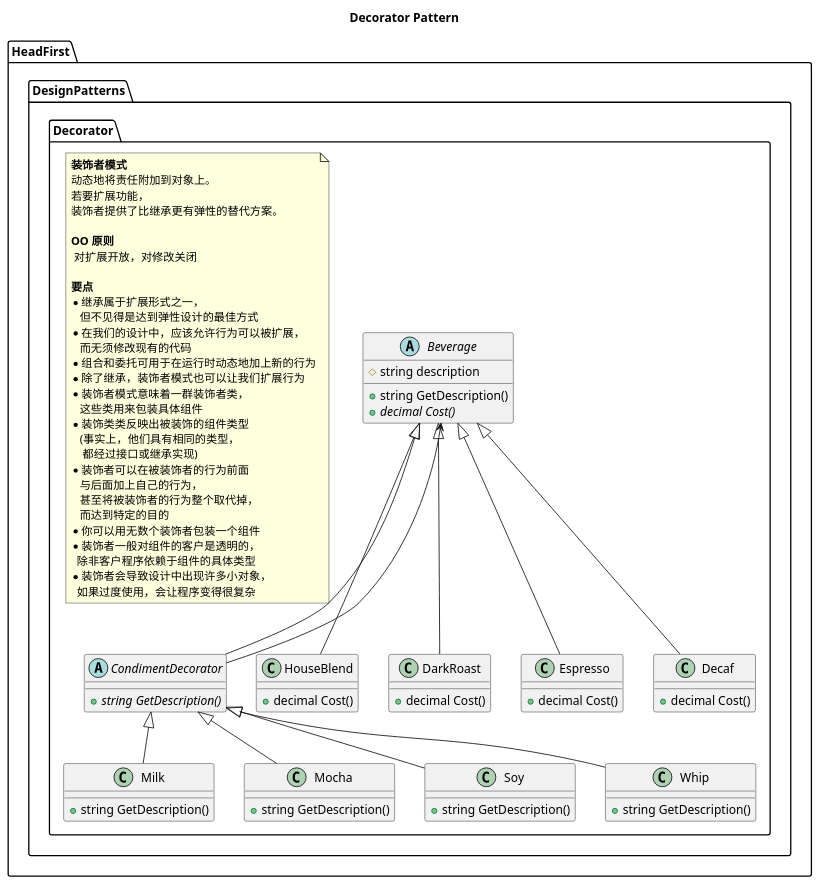
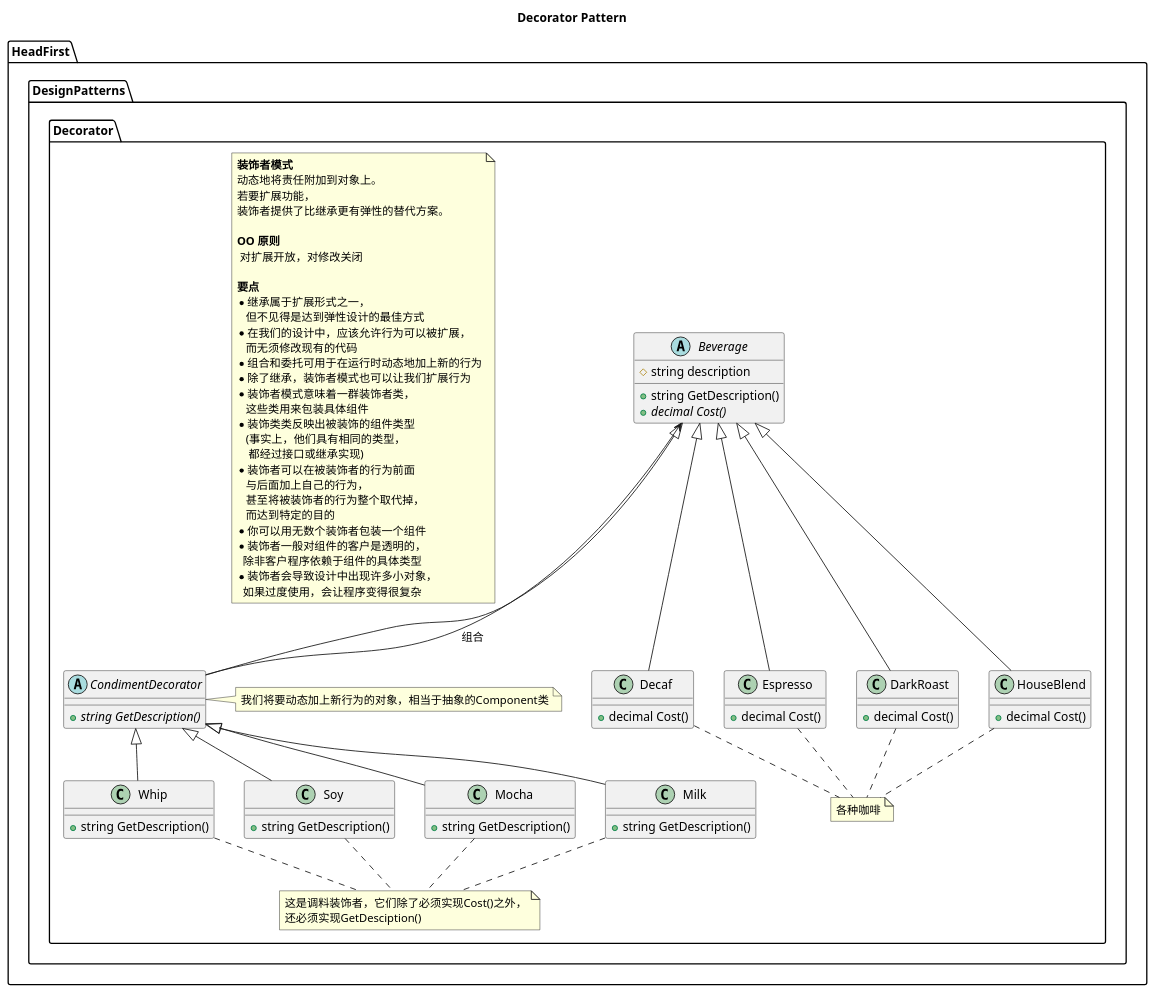
Before and after one commit to thinksjay/HeadFirst.DesignPatterns: the diagram in src/HeadFirst.DesignPatterns.Decorator/Decorator.wsd, drawn with PlantUML. The commit also changed 15 other files, not shown here.

```diff
--- a/src/HeadFirst.DesignPatterns.Decorator/Decorator.wsd
+++ b/src/HeadFirst.DesignPatterns.Decorator/Decorator.wsd
@@ -1,91 +1,107 @@
 @startuml
 title Decorator Pattern
 namespace HeadFirst.DesignPatterns.Decorator{
     note as Decorator
     <b>装饰者模式</b>
     动态地将责任附加到对象上。
     若要扩展功能，
     装饰者提供了比继承更有弹性的替代方案。
 
     <b>OO 原则</b>
      对扩展开放，对修改关闭
 
     <b>要点</b>
     *继承属于扩展形式之一，
        但不见得是达到弹性设计的最佳方式
     *在我们的设计中，应该允许行为可以被扩展，
        而无须修改现有的代码
     *组合和委托可用于在运行时动态地加上新的行为
     *除了继承，装饰者模式也可以让我们扩展行为
     *装饰者模式意味着一群装饰者类，
        这些类用来包装具体组件
     *装饰类类反映出被装饰的组件类型
        (事实上，他们具有相同的类型，
         都经过接口或继承实现)
     *装饰者可以在被装饰者的行为前面
        与后面加上自己的行为，
        甚至将被装饰者的行为整个取代掉，
        而达到特定的目的
     *你可以用无数个装饰者包装一个组件
     *装饰者一般对组件的客户是透明的，
       除非客户程序依赖于组件的具体类型
     *装饰者会导致设计中出现许多小对象，
       如果过度使用，会让程序变得很复杂
     end note
 
     HouseBlend -up-|> Beverage
     DarkRoast -up-|> Beverage
     Espresso -up-|> Beverage
     Decaf -up-|> Beverage
     CondimentDecorator -up-|> Beverage
-    CondimentDecorator -up-> Beverage
+    CondimentDecorator -up-> Beverage:组合
     Milk -up-|> CondimentDecorator
     Mocha -up-|> CondimentDecorator
     Soy -up-|> CondimentDecorator
     Whip -up-|> CondimentDecorator
 
     abstract class Beverage
     {
         # string description
         + string GetDescription()
         + {abstract} decimal Cost()
     }
 
     class HouseBlend
     {
         + decimal Cost()
     }
     class DarkRoast
     {
         + decimal Cost()
     }
     class Espresso
     {
         + decimal Cost()
     }
     class Decaf
     {
         + decimal Cost()
     }
+    note as CoffaasNote
+    各种咖啡
+    end note
+    CoffaasNote .up. HouseBlend
+    CoffaasNote .up. DarkRoast
+    CoffaasNote .up. Espresso
+    CoffaasNote .up. Decaf
     abstract class CondimentDecorator
     {
         + {abstract} string GetDescription()
     }
+    note right of CondimentDecorator: 我们将要动态加上新行为的对象，相当于抽象的Component类
     class Milk
     {
         + string GetDescription()
     }
     class Mocha
     {
         + string GetDescription()
     }
     class Soy
     {
         + string GetDescription()
     }
     class Whip
     {
         + string GetDescription()
     }
+    note as SeasoningsNote
+    这是调料装饰者，它们除了必须实现Cost()之外，
+    还必须实现GetDesciption()
+    end note
+    SeasoningsNote .up. Milk
+    SeasoningsNote .up. Mocha
+    SeasoningsNote .up. Soy
+    SeasoningsNote .up. Whip
 }
 @enduml
```
